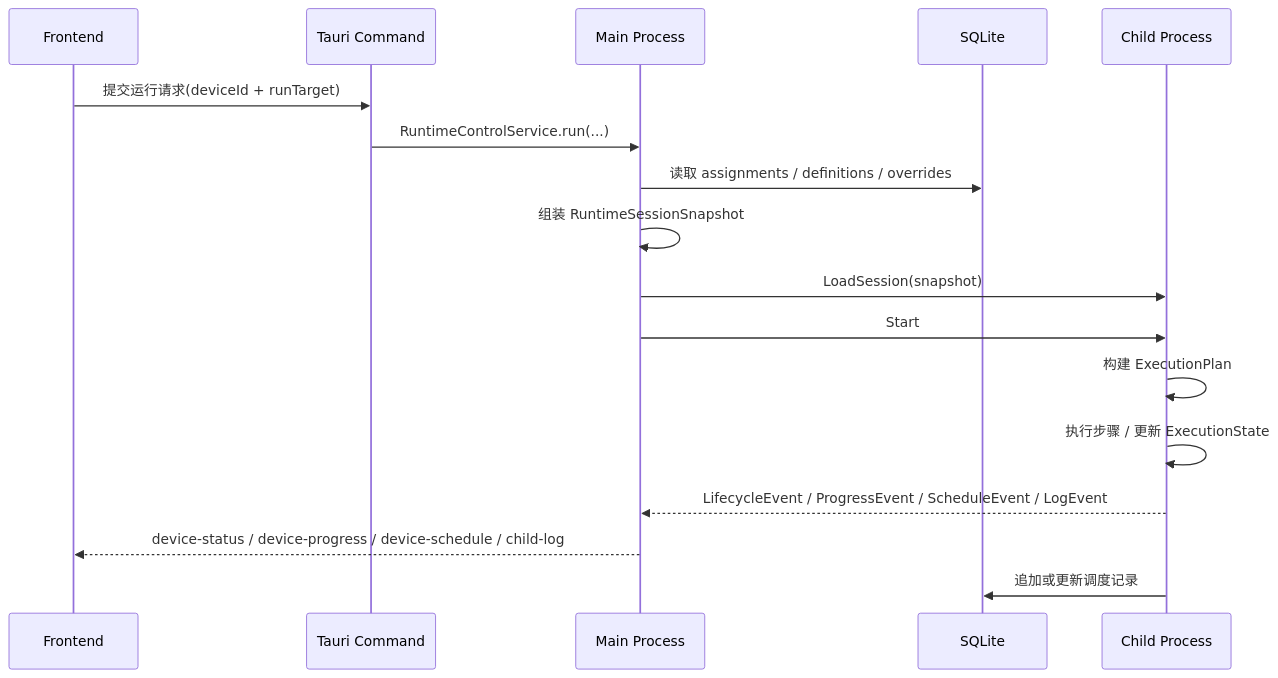
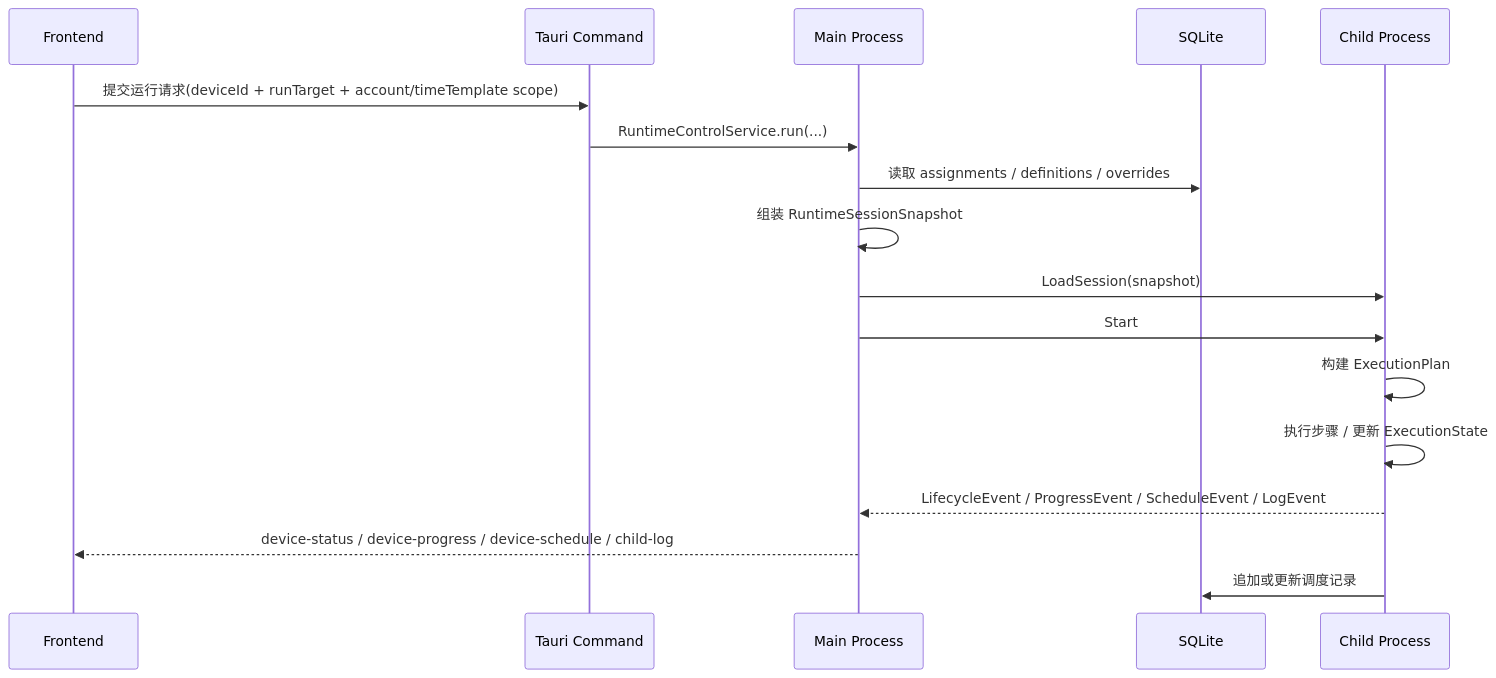
Before and after one commit to ParadiseZ/AutoDaily_Tauri_v2: the first of 2 diagrams in doc/脚本执行流接口清单与重构里程碑.md, drawn with Mermaid. The commit also changed other lines of this file and 18 other files, not shown here.

````diff
--- a/doc/脚本执行流接口清单与重构里程碑.md
+++ b/doc/脚本执行流接口清单与重构里程碑.md
@@ -18,20 +18,20 @@
 ```mermaid
 sequenceDiagram
     participant FE as Frontend
     participant CMD as Tauri Command
     participant MAIN as Main Process
     participant DB as SQLite
     participant CHILD as Child Process
 
-    FE->>CMD: 提交运行请求(deviceId + runTarget)
+    FE->>CMD: 提交运行请求(deviceId + runTarget + account/timeTemplate scope)
     CMD->>MAIN: RuntimeControlService.run(...)
     MAIN->>DB: 读取 assignments / definitions / overrides
     MAIN->>MAIN: 组装 RuntimeSessionSnapshot
     MAIN->>CHILD: LoadSession(snapshot)
     MAIN->>CHILD: Start
     CHILD->>CHILD: 构建 ExecutionPlan
     CHILD->>CHILD: 执行步骤 / 更新 ExecutionState
     CHILD-->>MAIN: LifecycleEvent / ProgressEvent / ScheduleEvent / LogEvent
     MAIN-->>FE: device-status / device-progress / device-schedule / child-log
     CHILD->>DB: 追加或更新调度记录
 ```
````
